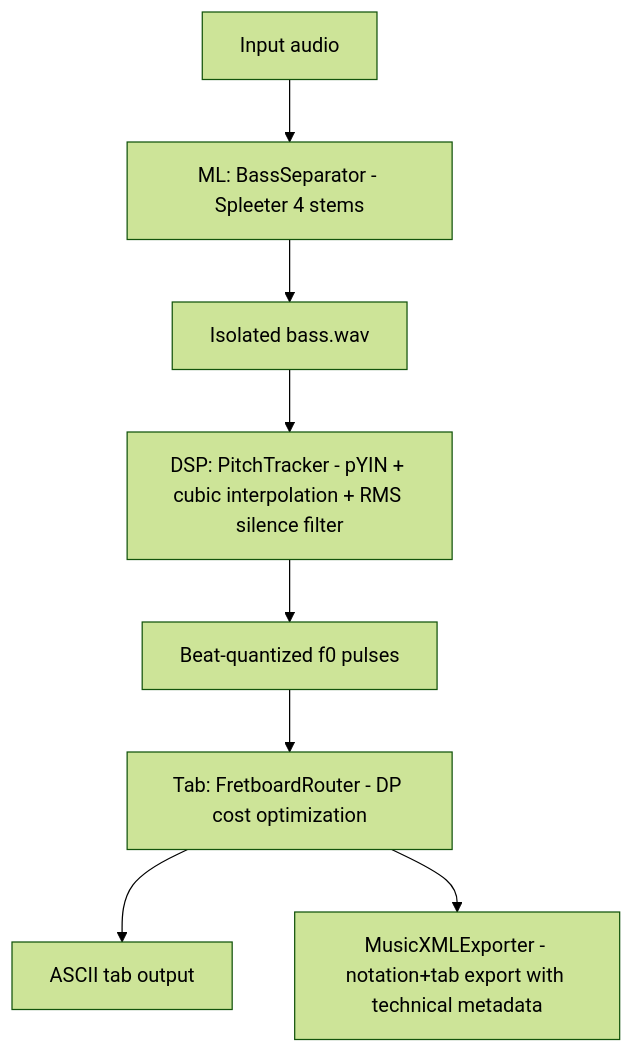
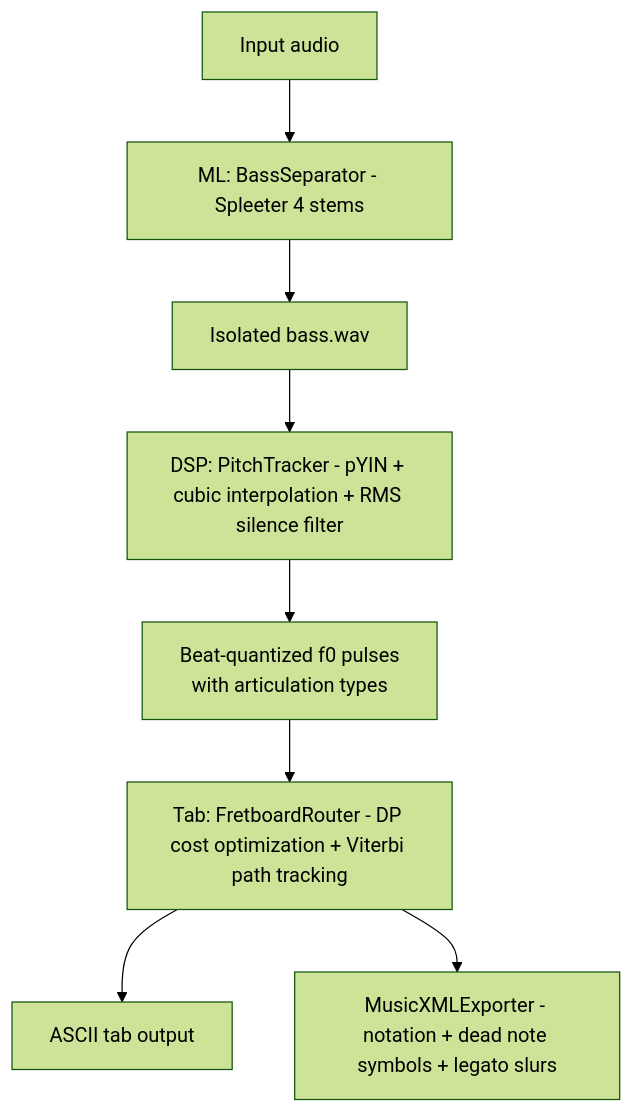
The diagram in README.md (blackmetalhans/punkito-tabs-oracle), drawn with Mermaid (forest theme) before and after one commit. The commit also changed other lines of this file and 12 other files, not shown here.

````diff
--- a/README.md
+++ b/README.md
@@ -24,10 +25,10 @@
 ```mermaid
 flowchart TD
     A[Input audio] --> B[ML: BassSeparator - Spleeter 4 stems]
     B --> C[Isolated bass.wav]
     C --> D[DSP: PitchTracker - pYIN + cubic interpolation + RMS silence filter]
-    D --> E[Beat-quantized f0 pulses]
-    E --> F[Tab: FretboardRouter - DP cost optimization]
+    D --> E["Beat-quantized f0 pulses<br/>with articulation types"]
+    E --> F[Tab: FretboardRouter - DP cost optimization + Viterbi path tracking]
     F --> G[ASCII tab output]
-    F --> H[MusicXMLExporter - notation+tab export with technical metadata]
+    F --> H[MusicXMLExporter - notation + dead note symbols + legato slurs]
 ```
````
